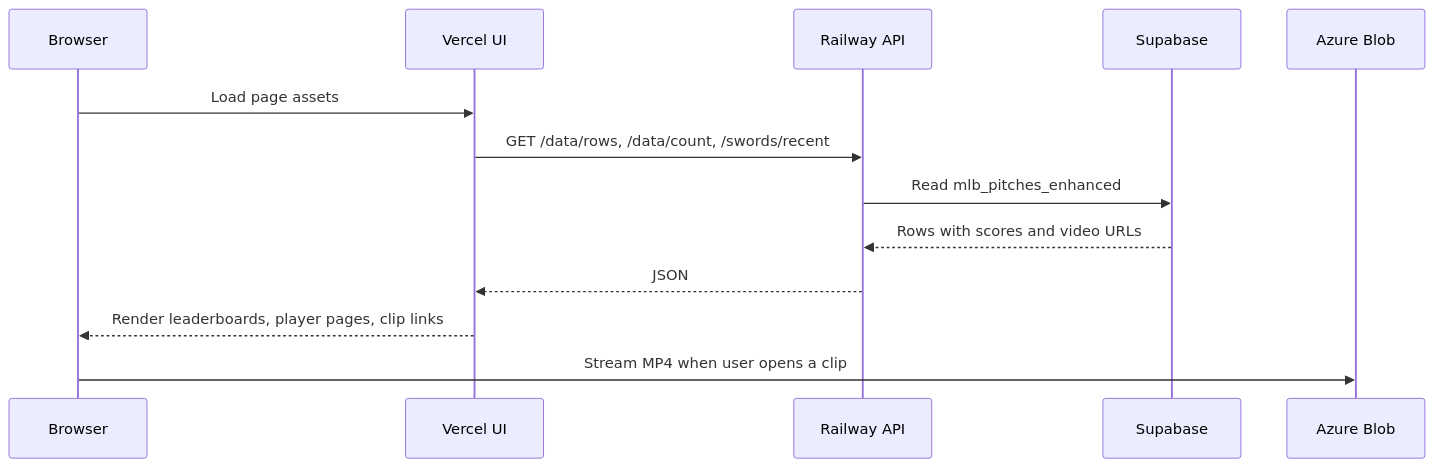
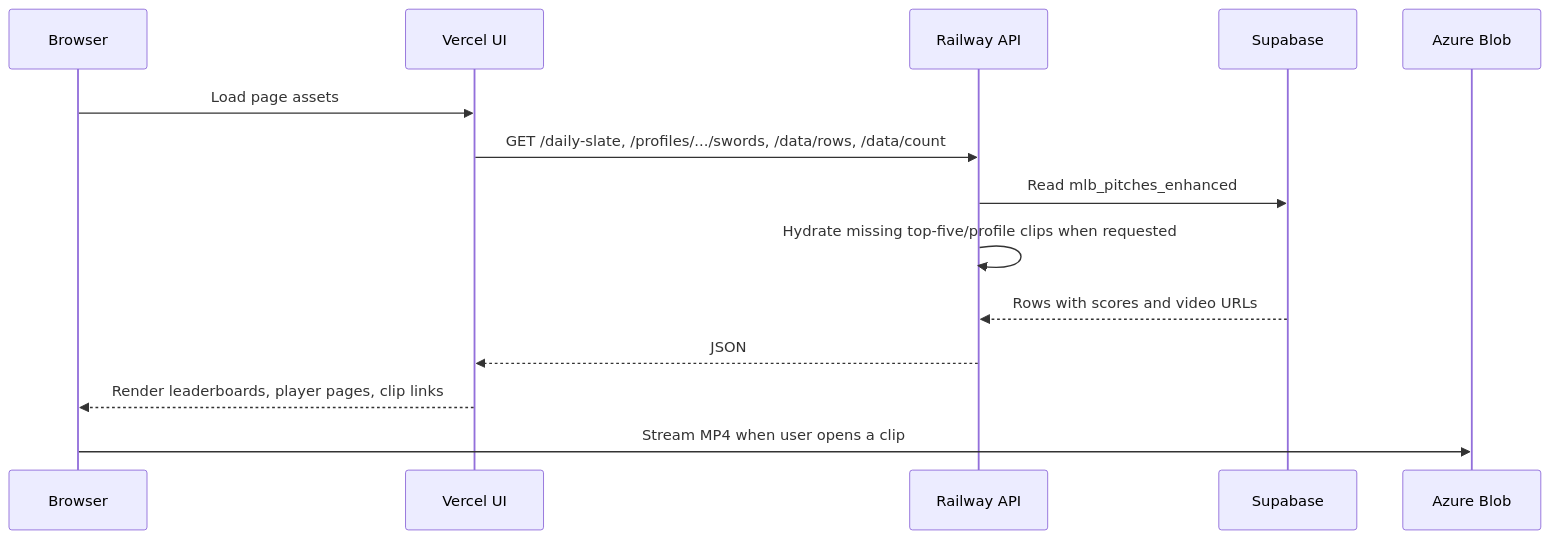
Before and after one commit to joewilsonai/SwordFinder: the third of 4 diagrams in ARCHITECTURE.md, drawn with Mermaid. The commit also changed other lines of this file and 5 other files, not shown here.

Commit message:
feat: hydrate profile sword videos

````diff
--- a/ARCHITECTURE.md
+++ b/ARCHITECTURE.md
@@ -80,16 +83,17 @@
 ```mermaid
 sequenceDiagram
     participant Browser as Browser
     participant UI as Vercel UI
     participant API as Railway API
     participant DB as Supabase
     participant Azure as Azure Blob
 
     Browser->>UI: Load page assets
-    UI->>API: GET /data/rows, /data/count, /swords/recent
+    UI->>API: GET /daily-slate, /profiles/.../swords, /data/rows, /data/count
     API->>DB: Read mlb_pitches_enhanced
+    API->>API: Hydrate missing top-five/profile clips when requested
     DB-->>API: Rows with scores and video URLs
     API-->>UI: JSON
     UI-->>Browser: Render leaderboards, player pages, clip links
     Browser->>Azure: Stream MP4 when user opens a clip
 ```
````
